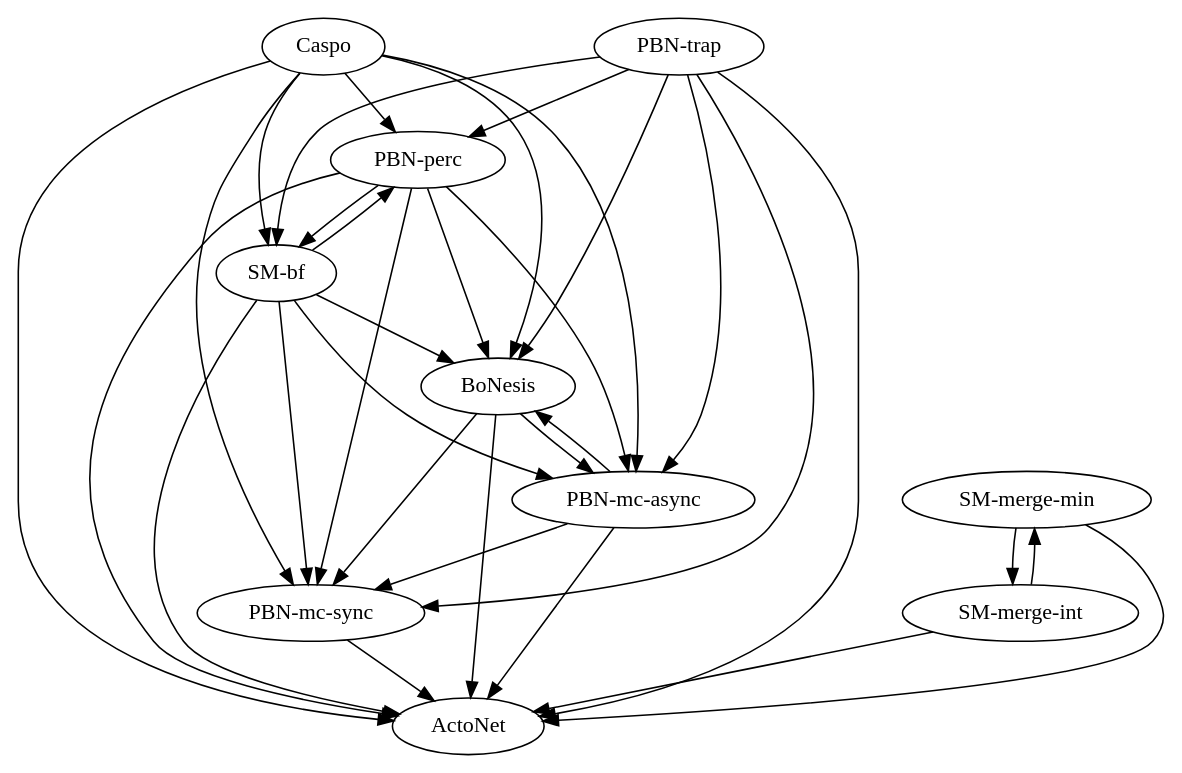
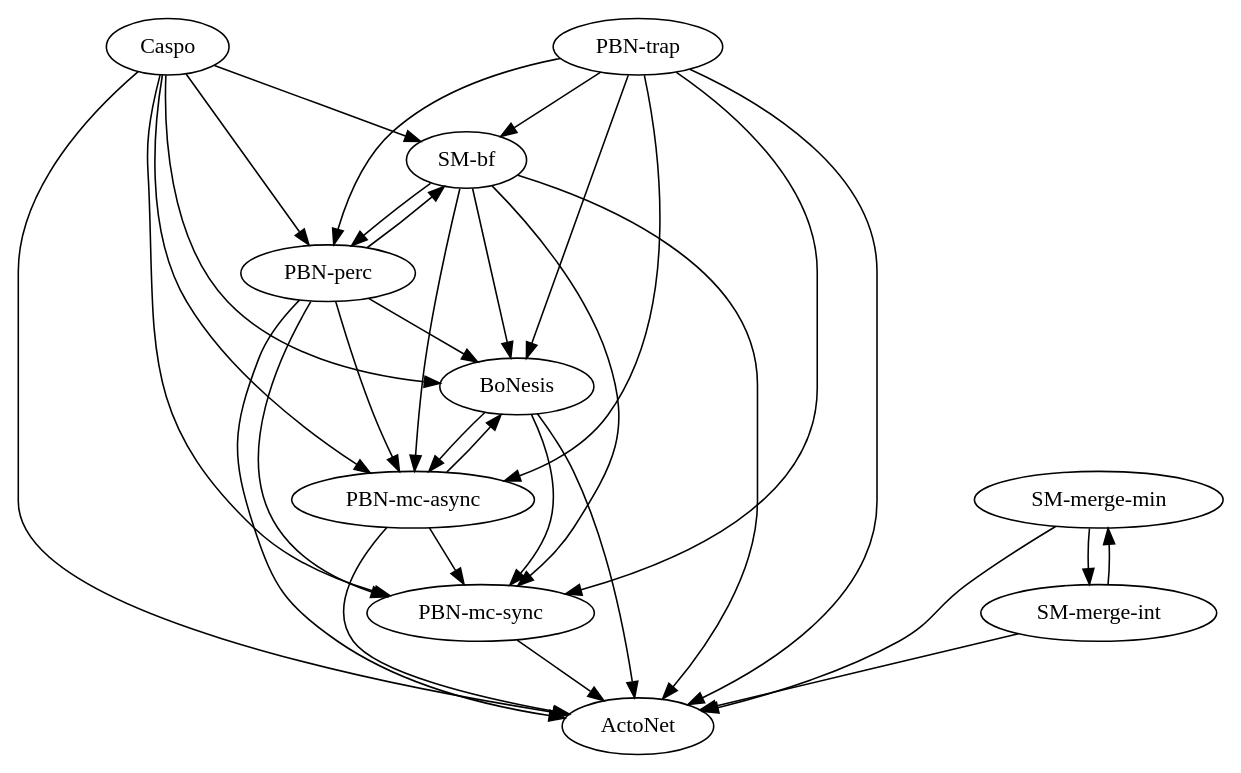
The diagram in experiments/results/practical/T-LGL/_graph.dot (kalebmoon07/BN-control-taxonomy), drawn with Graphviz before and after one commit. The commit also changed other lines of this file and 17 other files, not shown here.

```diff
--- a/experiments/results/practical/T-LGL/_graph.dot
+++ b/experiments/results/practical/T-LGL/_graph.dot
@@ -1,45 +1,45 @@
 strict digraph  {
+"SM-bf";
+"PBN-mc-sync";
+"PBN-perc";
+Caspo;
+"PBN-trap";
+ActoNet;
+"PBN-mc-async";
 BoNesis;
-ActoNet;
-Caspo;
-"PBN-mc-sync";
-"PBN-mc-async";
-"PBN-perc";
-"PBN-trap";
-"SM-bf";
 "SM-merge-min";
 "SM-merge-int";
-BoNesis -> ActoNet;
-BoNesis -> "PBN-mc-sync";
-BoNesis -> "PBN-mc-async";
+"SM-bf" -> "PBN-mc-sync";
+"SM-bf" -> "PBN-perc";
+"SM-bf" -> ActoNet;
+"SM-bf" -> "PBN-mc-async";
+"SM-bf" -> BoNesis;
+"PBN-mc-sync" -> ActoNet;
+"PBN-perc" -> "SM-bf";
+"PBN-perc" -> "PBN-mc-sync";
+"PBN-perc" -> ActoNet;
+"PBN-perc" -> "PBN-mc-async";
+"PBN-perc" -> BoNesis;
+Caspo -> "SM-bf";
+Caspo -> "PBN-mc-sync";
+Caspo -> "PBN-perc";
 Caspo -> ActoNet;
+Caspo -> "PBN-mc-async";
 Caspo -> BoNesis;
-Caspo -> "PBN-mc-sync";
-Caspo -> "PBN-mc-async";
-Caspo -> "PBN-perc";
-Caspo -> "SM-bf";
-"PBN-mc-sync" -> ActoNet;
+"PBN-trap" -> "SM-bf";
+"PBN-trap" -> "PBN-mc-sync";
+"PBN-trap" -> "PBN-perc";
+"PBN-trap" -> ActoNet;
+"PBN-trap" -> "PBN-mc-async";
+"PBN-trap" -> BoNesis;
+"PBN-mc-async" -> "PBN-mc-sync";
 "PBN-mc-async" -> ActoNet;
 "PBN-mc-async" -> BoNesis;
-"PBN-mc-async" -> "PBN-mc-sync";
-"PBN-perc" -> ActoNet;
-"PBN-perc" -> BoNesis;
-"PBN-perc" -> "PBN-mc-sync";
-"PBN-perc" -> "PBN-mc-async";
-"PBN-perc" -> "SM-bf";
-"PBN-trap" -> ActoNet;
-"PBN-trap" -> BoNesis;
-"PBN-trap" -> "PBN-mc-sync";
-"PBN-trap" -> "PBN-mc-async";
-"PBN-trap" -> "PBN-perc";
-"PBN-trap" -> "SM-bf";
-"SM-bf" -> ActoNet;
-"SM-bf" -> BoNesis;
-"SM-bf" -> "PBN-mc-sync";
-"SM-bf" -> "PBN-mc-async";
-"SM-bf" -> "PBN-perc";
+BoNesis -> "PBN-mc-sync";
+BoNesis -> ActoNet;
+BoNesis -> "PBN-mc-async";
+"SM-merge-min" -> "SM-merge-int";
 "SM-merge-min" -> ActoNet;
-"SM-merge-min" -> "SM-merge-int";
+"SM-merge-int" -> "SM-merge-min";
 "SM-merge-int" -> ActoNet;
-"SM-merge-int" -> "SM-merge-min";
 }
```
